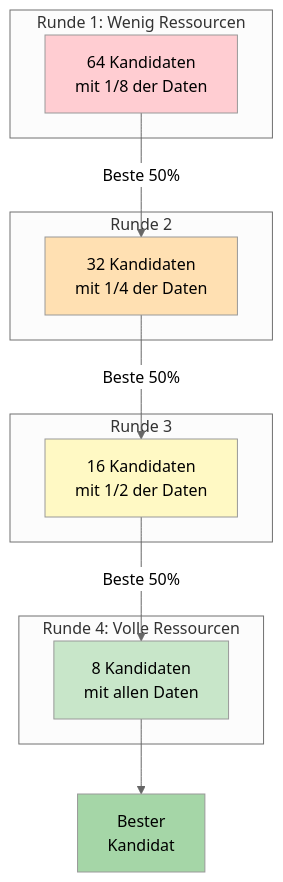
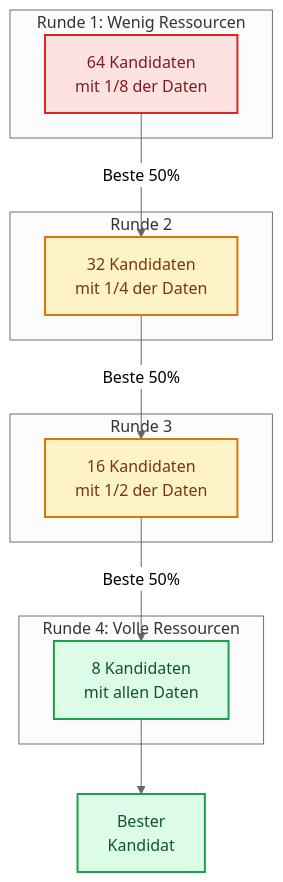
Before and after one commit to ralf-42/ML_Intro: the eighth of 12 diagrams in docs/concepts/evaluate/hyperparameter_tuning.md, drawn with Mermaid (neutral theme). The commit also changed other lines of this file and 67 other files, not shown here.

````diff
--- a/docs/concepts/evaluate/hyperparameter_tuning.md
+++ b/docs/concepts/evaluate/hyperparameter_tuning.md
@@ -423,29 +435,31 @@
 ```mermaid
 flowchart TB
     subgraph r1["Runde 1: Wenig Ressourcen"]
         C1["64 Kandidaten<br/>mit 1/8 der Daten"]
     end
     
     subgraph r2["Runde 2"]
         C2["32 Kandidaten<br/>mit 1/4 der Daten"]
     end
     
     subgraph r3["Runde 3"]
         C3["16 Kandidaten<br/>mit 1/2 der Daten"]
     end
     
     subgraph r4["Runde 4: Volle Ressourcen"]
         C4["8 Kandidaten<br/>mit allen Daten"]
     end
     
     C1 --> |"Beste 50%"| C2
     C2 --> |"Beste 50%"| C3
     C3 --> |"Beste 50%"| C4
     C4 --> B["Bester<br/>Kandidat"]
-    
-    style C1 fill:#ffcdd2
-    style C2 fill:#ffe0b2
-    style C3 fill:#fff9c4
-    style C4 fill:#c8e6c9
-    style B fill:#a5d6a7
+
+    classDef default fill:#e0f2fe,stroke:#0284c7,stroke-width:2px,color:#0c4a6e;
+    classDef metric fill:#fef3c7,stroke:#d97706,stroke-width:2px,color:#78350f;
+    classDef output fill:#dcfce7,stroke:#16a34a,stroke-width:2px,color:#14532d;
+    classDef stop fill:#fee2e2,stroke:#dc2626,stroke-width:2px,color:#7f1d1d;
+    class C2,C3 metric;
+    class C4,B output;
+    class C1 stop;
 ```
````
